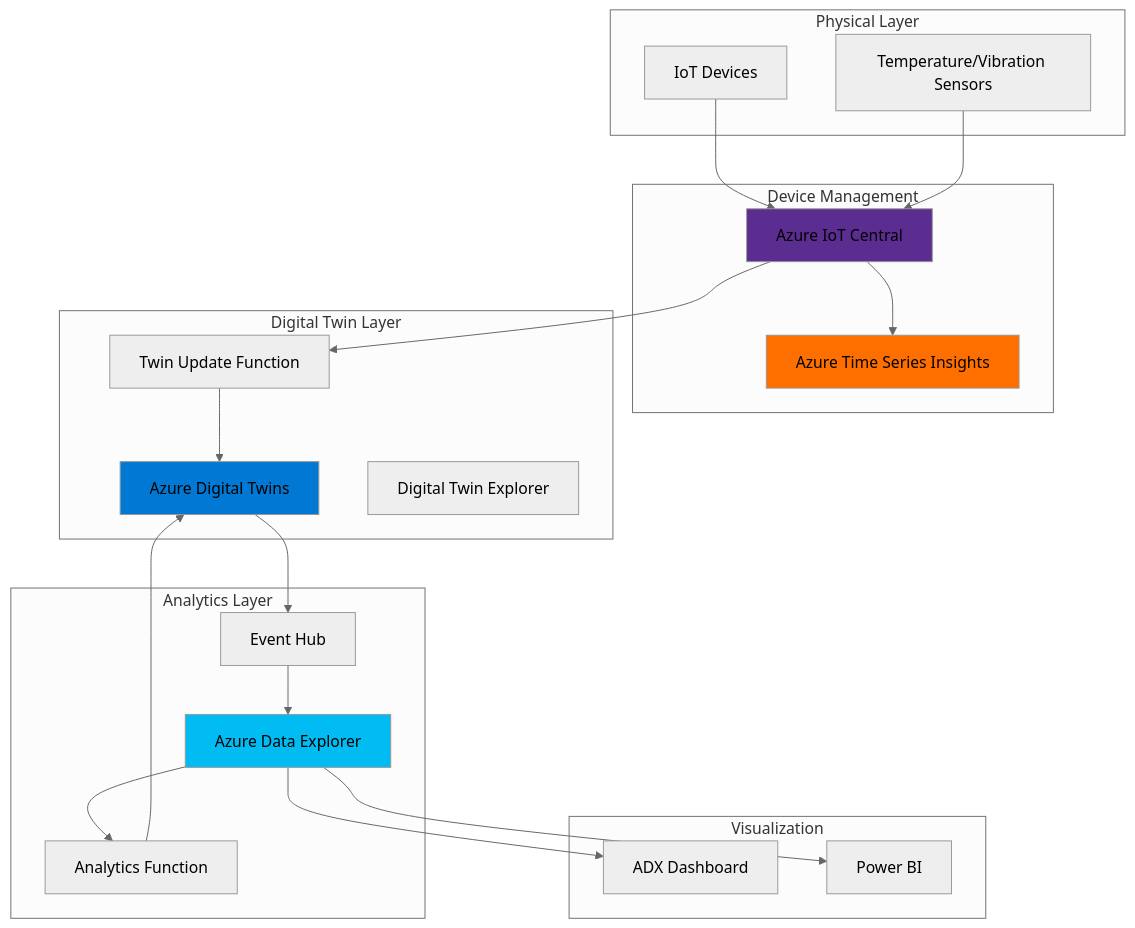
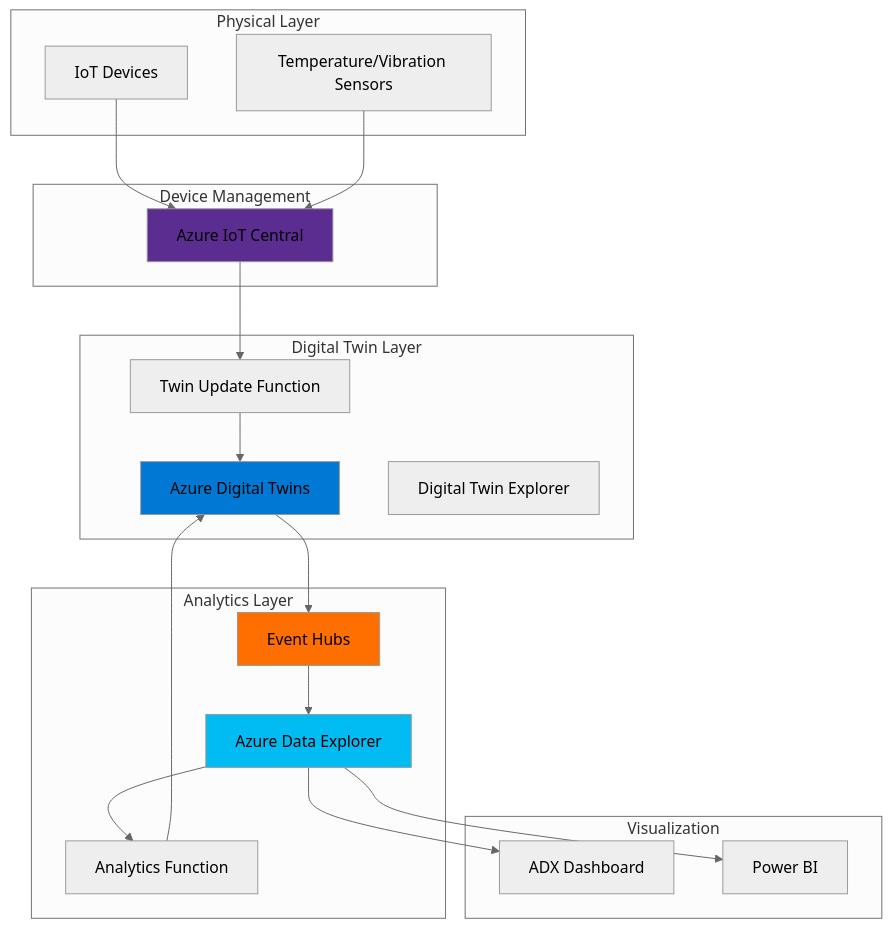
The diagram in azure/predictive-maintenance-iot-digital-twins/predictive-maintenance-iot-digital-twins.md (mzazon/awesome-cloud-projects), drawn with Mermaid (neutral theme) before and after one commit. The commit also changed other lines of this file and 5581 other files, not shown here.

````diff
--- a/azure/predictive-maintenance-iot-digital-twins/predictive-maintenance-iot-digital-twins.md
+++ b/azure/predictive-maintenance-iot-digital-twins/predictive-maintenance-iot-digital-twins.md
@@ -30,46 +30,44 @@
 ```mermaid
 graph TB
     subgraph "Physical Layer"
         DEVICES[IoT Devices]
         SENSORS[Temperature/Vibration Sensors]
     end
     
     subgraph "Device Management"
         IOTC[Azure IoT Central]
-        TSI[Azure Time Series Insights]
     end
     
     subgraph "Digital Twin Layer"
         ADT[Azure Digital Twins]
         DTEX[Digital Twin Explorer]
         FUNC1[Twin Update Function]
     end
     
     subgraph "Analytics Layer"
         ADX[Azure Data Explorer]
         FUNC2[Analytics Function]
-        EH[Event Hub]
+        EH[Event Hubs]
     end
     
     subgraph "Visualization"
         DASH[ADX Dashboard]
         PBI[Power BI]
     end
     
     DEVICES --> IOTC
     SENSORS --> IOTC
-    IOTC --> TSI
     IOTC --> FUNC1
     FUNC1 --> ADT
     ADT --> EH
     EH --> ADX
     ADX --> FUNC2
     FUNC2 --> ADT
     ADX --> DASH
     ADX --> PBI
     
     style ADT fill:#0078D4
     style ADX fill:#00BCF2
     style IOTC fill:#5C2D91
-    style TSI fill:#FF6F00
+    style EH fill:#FF6F00
 ```
````
